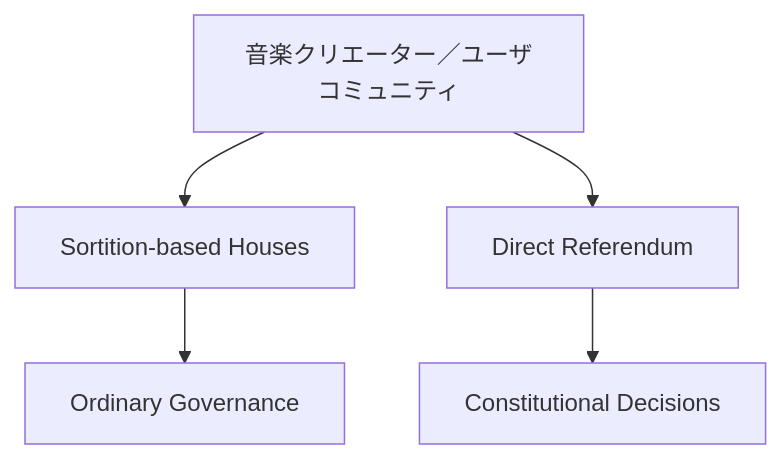
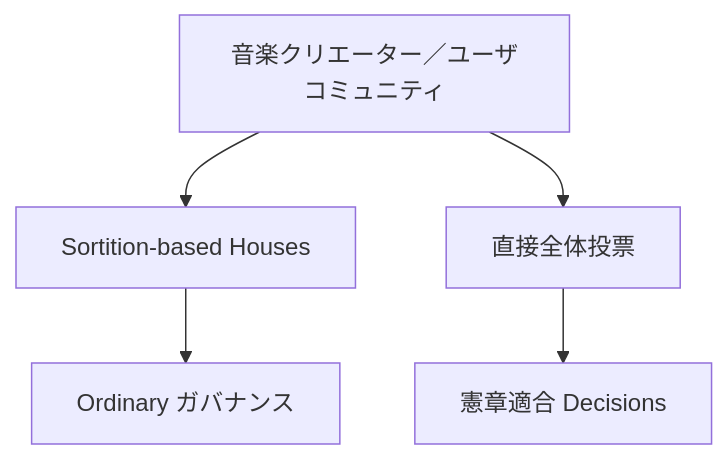
Before and after one commit to ShigeichiroYamasaki/creator-first-platform: the seventh of 17 diagrams in docs/whitepaper/01-vision.md, drawn with Mermaid. The commit also changed other lines of this file and 72 other files, not shown here.

````diff
--- a/docs/whitepaper/01-vision.md
+++ b/docs/whitepaper/01-vision.md
@@ -184,10 +184,10 @@
 ```mermaid
 flowchart TD
     COMMUNITY[音楽クリエーター／ユーザコミュニティ]
 
     COMMUNITY --> HOUSE[Sortition-based Houses]
-    COMMUNITY --> REFERENDUM[Direct Referendum]
+    COMMUNITY --> REFERENDUM[直接全体投票]
 
-    HOUSE --> NORMAL[Ordinary Governance]
-    REFERENDUM --> CONSTITUTION[Constitutional Decisions]
+    HOUSE --> NORMAL[Ordinary ガバナンス]
+    REFERENDUM --> CONSTITUTION[憲章適合 Decisions]
 ```
````
